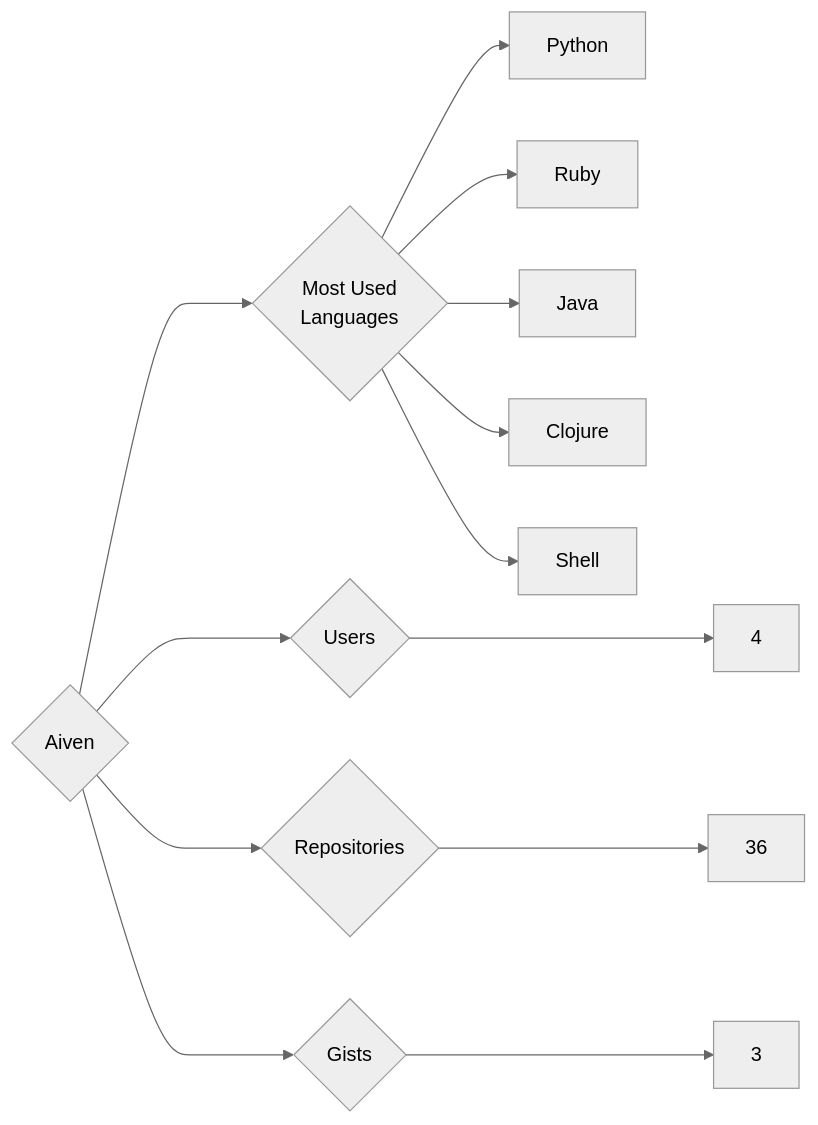
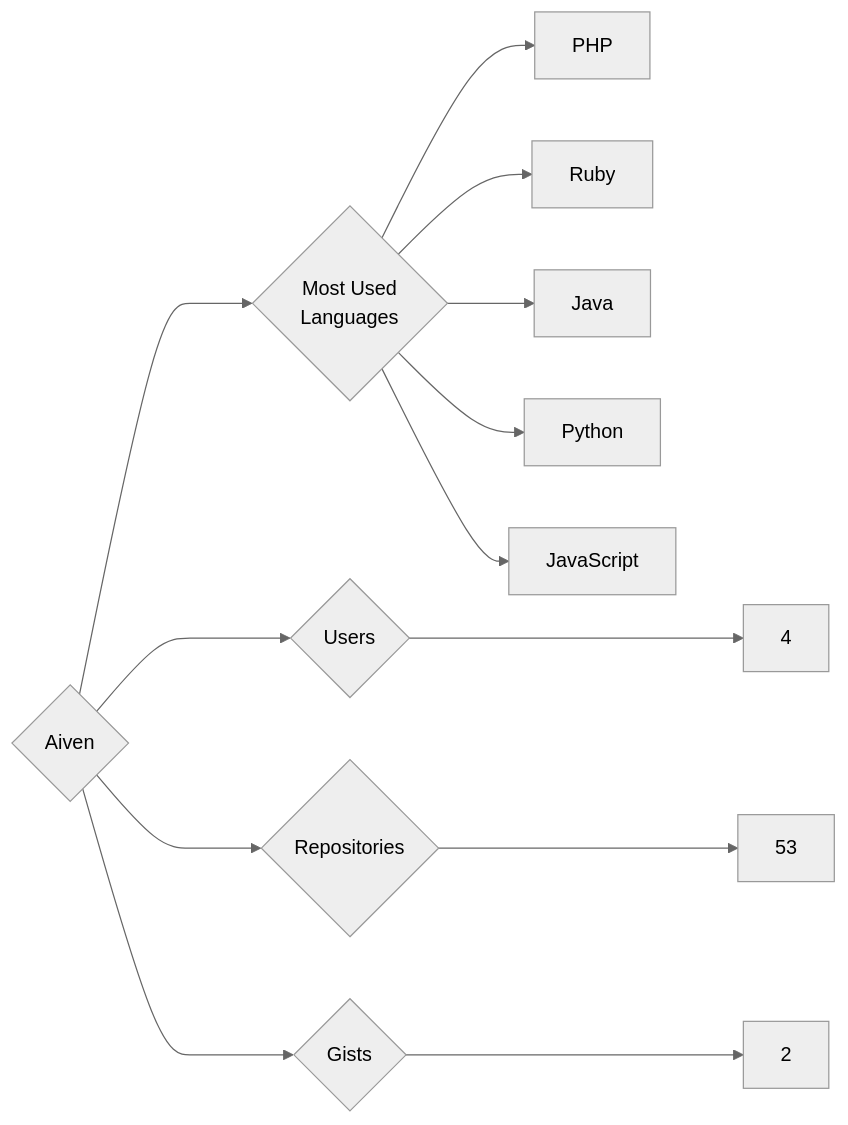
One commit to trickest/insiders changed the diagram in targets/Aiven/README.md. Above: the diagram before and after it, drawn with Mermaid (neutral theme). The commit also changed 933 other files, not shown here.

````diff
--- a/targets/Aiven/README.md
+++ b/targets/Aiven/README.md
@@ -3,13 +3,13 @@
 ```mermaid
 graph LR
 COMPANY_NAME{Aiven}
 COMPANY_NAME ---> U{Users} ---> UN[4]
-COMPANY_NAME ---> R{Repositories} ---> RN[36]
-COMPANY_NAME ---> G{Gists} ---> GN[3]
+COMPANY_NAME ---> R{Repositories} ---> RN[53]
+COMPANY_NAME ---> G{Gists} ---> GN[2]
 COMPANY_NAME ---> ML{Most Used<br>Languages}
-ML --> Python[Python]
+ML --> PHP[PHP]
 ML --> Ruby[Ruby]
 ML --> Java[Java]
-ML --> Clojure[Clojure]
-ML --> Shell[Shell]
+ML --> Python[Python]
+ML --> JavaScript[JavaScript]
 ```
````
